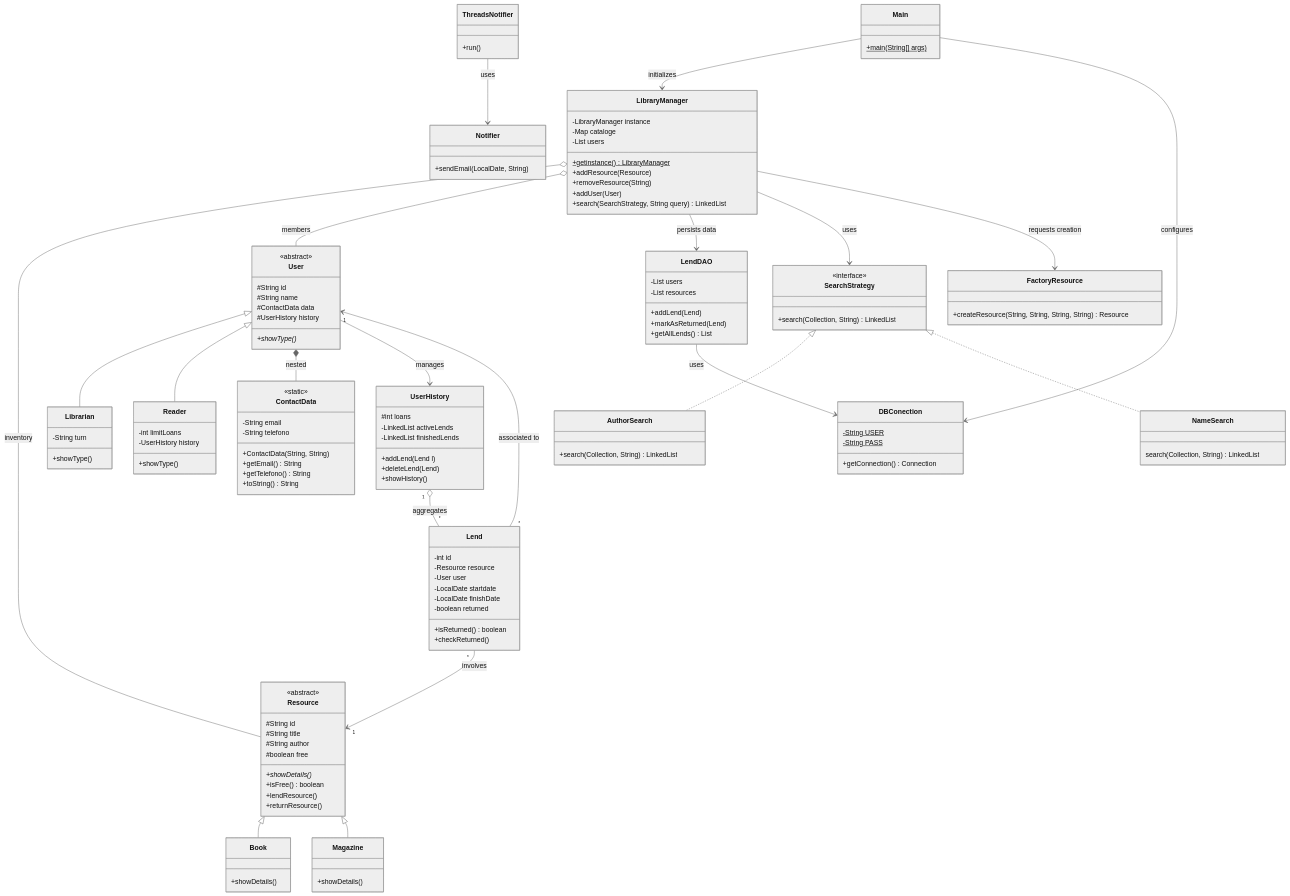
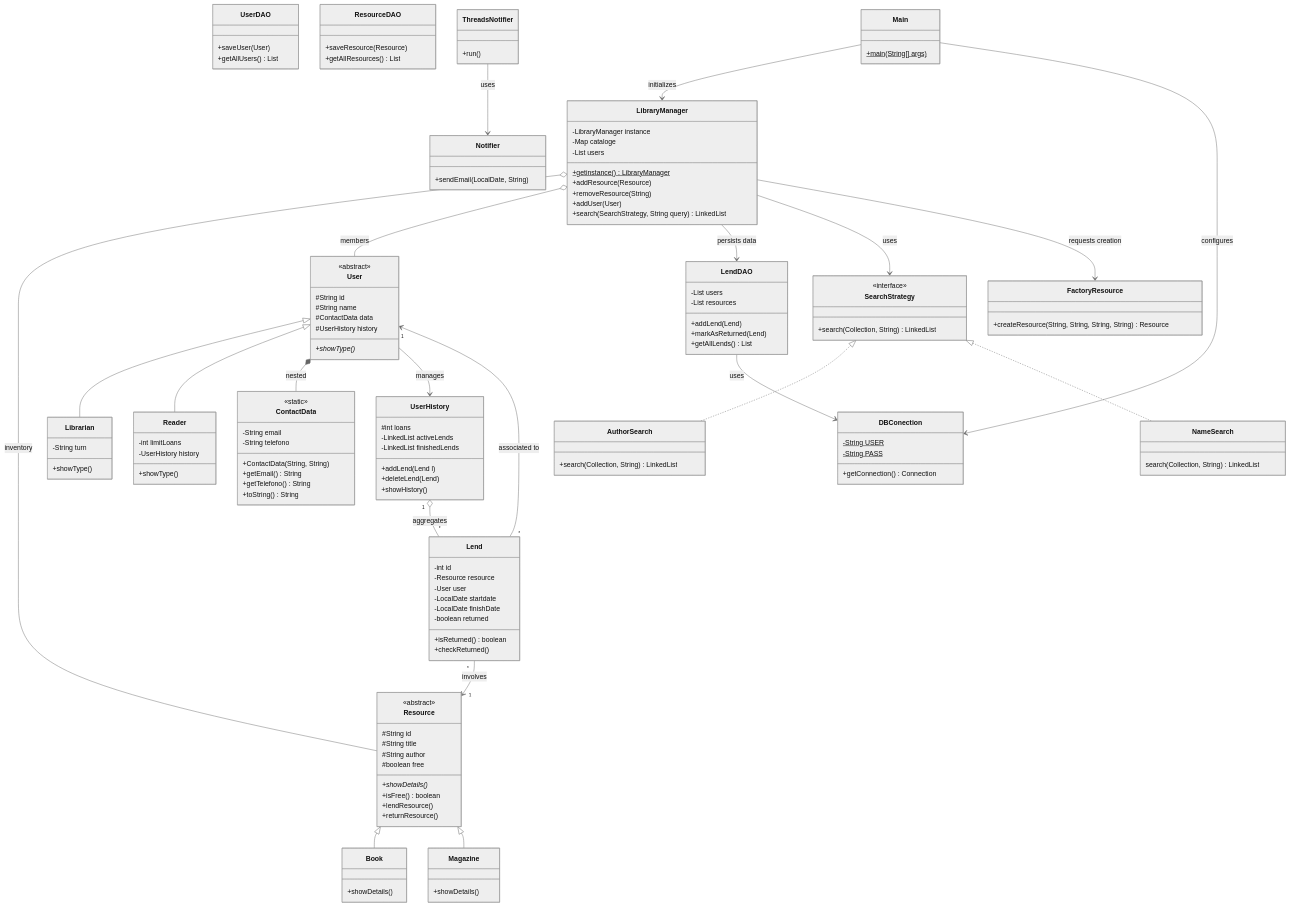
The second of 3 diagrams in README.md (marinatrabaa/ProyectoPOO), drawn with Mermaid (neutral theme) before and after one commit.

Commit message:
Add DAO classes for User and Resource management

```diff
--- a/README.md
+++ b/README.md
@@ -181,6 +181,14 @@
         +markAsReturned(Lend)
         +getAllLends() List<Lend>
     }
+	class UserDAO{
+		+saveUser(User)
+		+getAllUsers() List<User>
+	}
+	class ResourceDAO{
+		+saveResource(Resource)
+		+getAllResources() List<Resource>
+	}
 
     %% --- PAQUETE: USERS ---
     class User {
```
